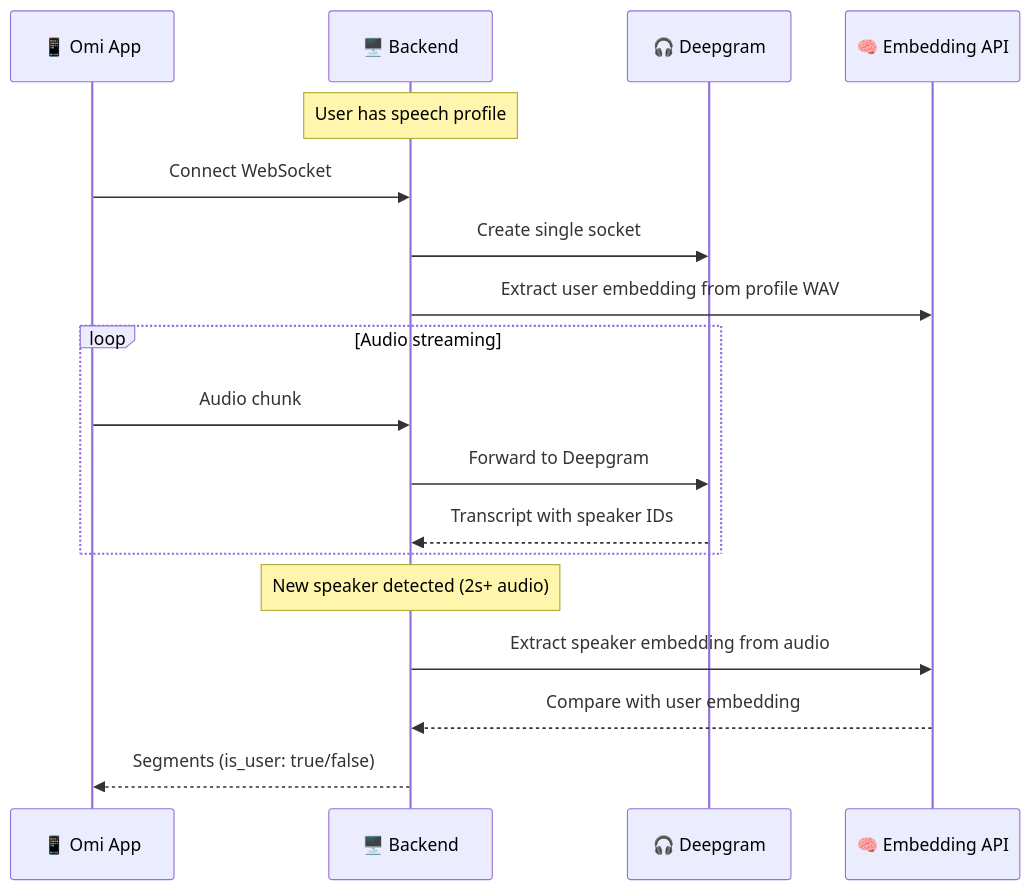
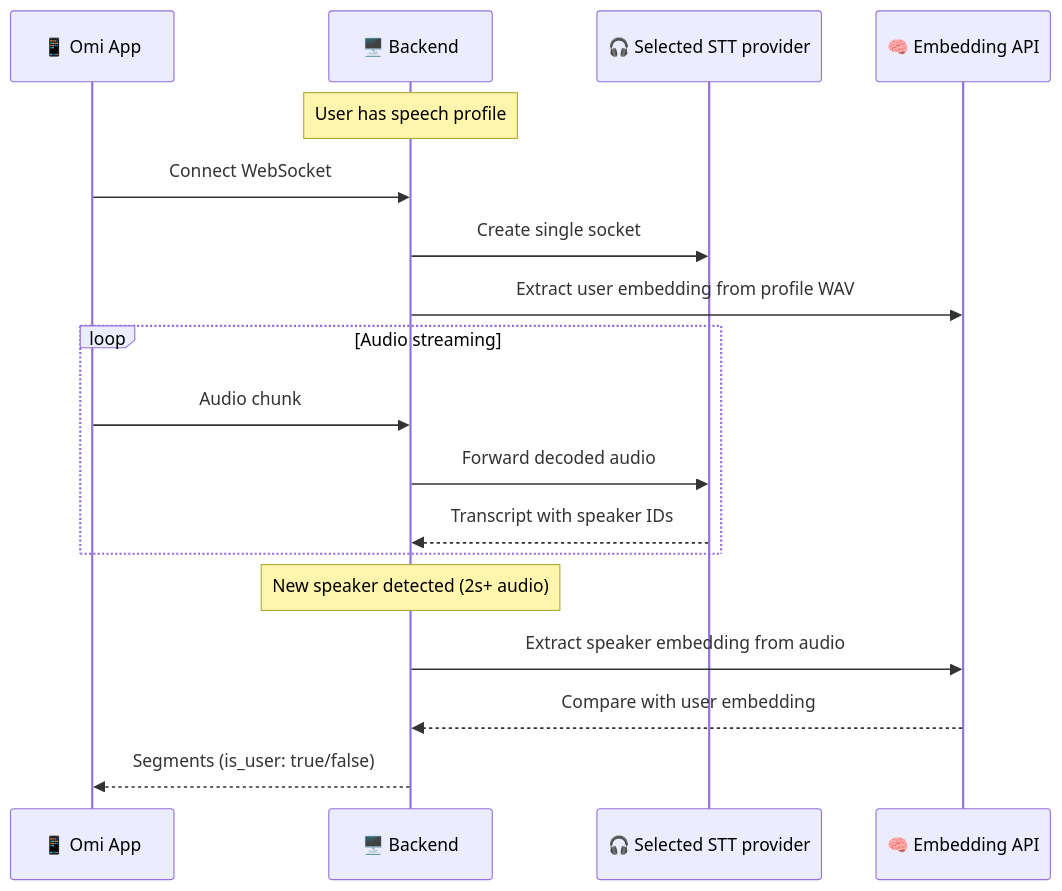
The fourth of 5 diagrams in docs/doc/developer/backend/transcription.mdx (BasedHardware/omi), drawn with Mermaid before and after one commit. The commit also changed other lines of this file and 528 other files, not shown here.

Commit message:
chore(backend): retire Deepgram serving path

````diff
--- a/docs/doc/developer/backend/transcription.mdx
+++ b/docs/doc/developer/backend/transcription.mdx
@@ -371,24 +367,24 @@
 ```mermaid
 sequenceDiagram
     participant App as 📱 Omi App
     participant Backend as 🖥️ Backend
-    participant DG as 🎧 Deepgram
+    participant STT as 🎧 Selected STT provider
     participant Embed as 🧠 Embedding API
 
     Note over Backend: User has speech profile
 
     App->>Backend: Connect WebSocket
-    Backend->>DG: Create single socket
+    Backend->>STT: Create single socket
     Backend->>Embed: Extract user embedding from profile WAV
 
     loop Audio streaming
         App->>Backend: Audio chunk
-        Backend->>DG: Forward to Deepgram
-        DG-->>Backend: Transcript with speaker IDs
+        Backend->>STT: Forward decoded audio
+        STT-->>Backend: Transcript with speaker IDs
     end
 
     Note over Backend: New speaker detected (2s+ audio)
     Backend->>Embed: Extract speaker embedding from audio
     Embed-->>Backend: Compare with user embedding
     Backend-->>App: Segments (is_user: true/false)
 ```
````
